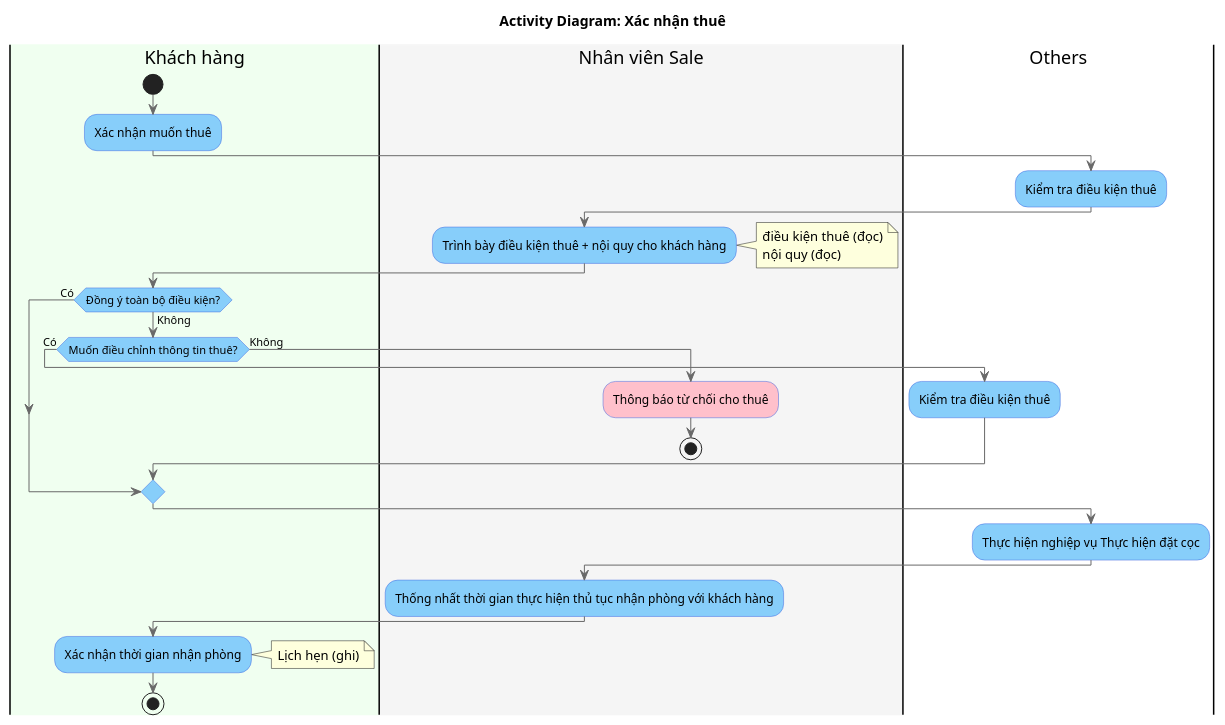
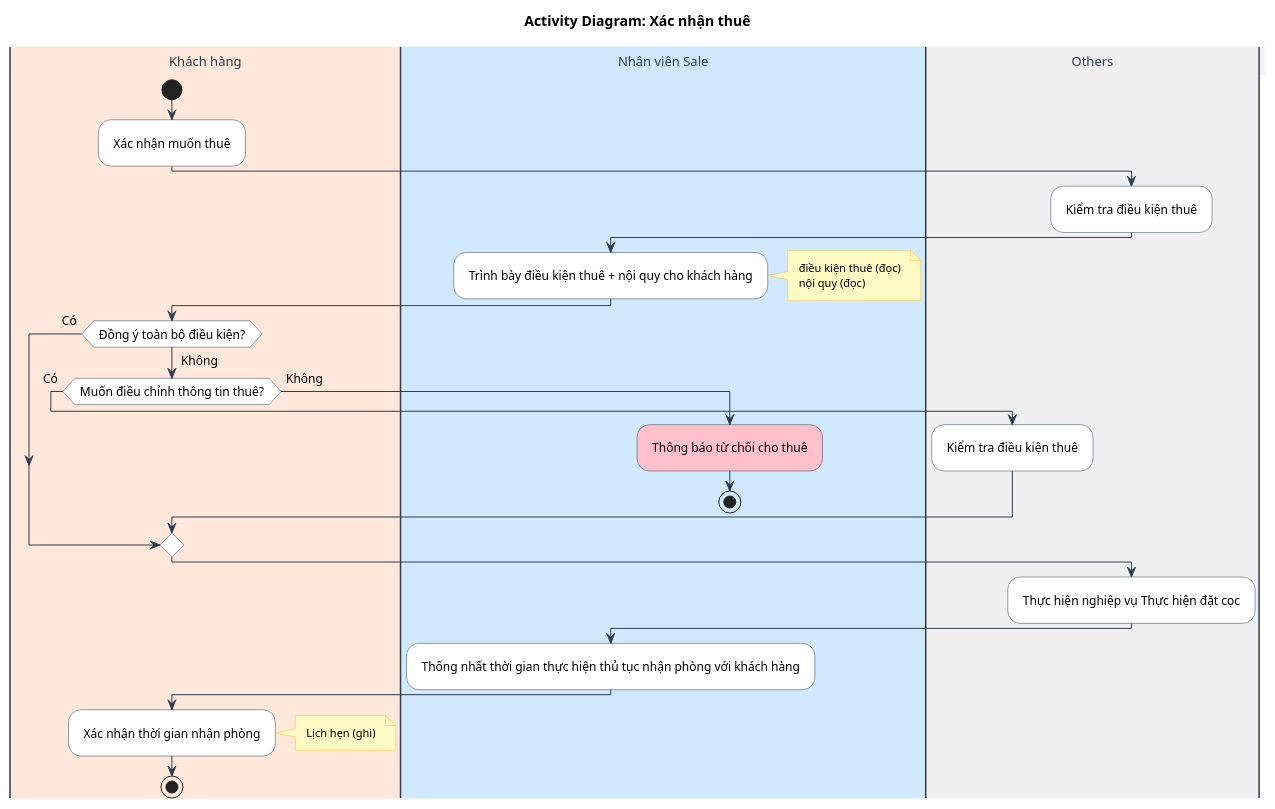
Before and after one commit to Gnourt812005/HCMUS-Analyze-and-desgin-IS: the diagram in doc/business/activity/xac_nhan_thue.wsd, drawn with PlantUML. The commit also changed 11 other files, not shown here.

```diff
--- a/doc/business/activity/xac_nhan_thue.wsd
+++ b/doc/business/activity/xac_nhan_thue.wsd
@@ -1,59 +1,76 @@
-@startuml
+@startuml XacNhanThue
 title Activity Diagram: Xác nhận thuê
 
-skinparam activity {
-  BackgroundColor LightSkyBlue
-  BorderColor RoyalBlue
-  ArrowColor DimGray
+' --- STYLE CONFIGURATION ---
+skinparam {
+    ActivityBackgroundColor White
+    ActivityBorderColor #2D3E50
+    ArrowColor #2D3E50
+    DefaultFontName "Arial"
+    DefaultFontSize 12
+    Padding 5
+
+    ' Swimlane styling
+    SwimlaneBorderColor #2D3E50
+    SwimlaneTitleBackgroundColor #F1F3F5
+    SwimlaneTitleFontSize 13
+    SwimlaneTitleFontColor #2D3E50
+    
+    ' Note styling
+    NoteBackgroundColor #FFF9C4
+    NoteBorderColor #FBC02D
+    NoteFontSize 11
 }
 
-|#HoneyDew|Khách hàng|
-|#WhiteSmoke|Nhân viên Sale|
-|#White|Others|
+' --- SWIMLANES ---
+|#FFE7D9|Khách hàng|
+|#D1E9FF|Nhân viên Sale|
+|#F0F0F0|Others|
+
 
 |Khách hàng|
 start
 :Xác nhận muốn thuê;
 
 |Others|
 :Kiểm tra điều kiện thuê;
 
 |Nhân viên Sale|
 :Trình bày điều kiện thuê + nội quy cho khách hàng;
 note right
     điều kiện thuê (đọc)
     nội quy (đọc)
 end note
 
 |Khách hàng|
 if (Đồng ý toàn bộ điều kiện?) then (Không)
 
   if (Muốn điều chỉnh thông tin thuê?) then (Có)
 
     |Others|
     :Kiểm tra điều kiện thuê;
 
   else (Không)
 
     |Nhân viên Sale|
     #Pink:Thông báo từ chối cho thuê;
     stop
 
   endif
   else (Có)
 endif
 
 |Others|
 :Thực hiện nghiệp vụ Thực hiện đặt cọc;
 
 |Nhân viên Sale|
 :Thống nhất thời gian thực hiện thủ tục nhận phòng với khách hàng;
 
 |Khách hàng|
 :Xác nhận thời gian nhận phòng;
 note right
     Lịch hẹn (ghi)
 end note
 
 stop
 @enduml
```
